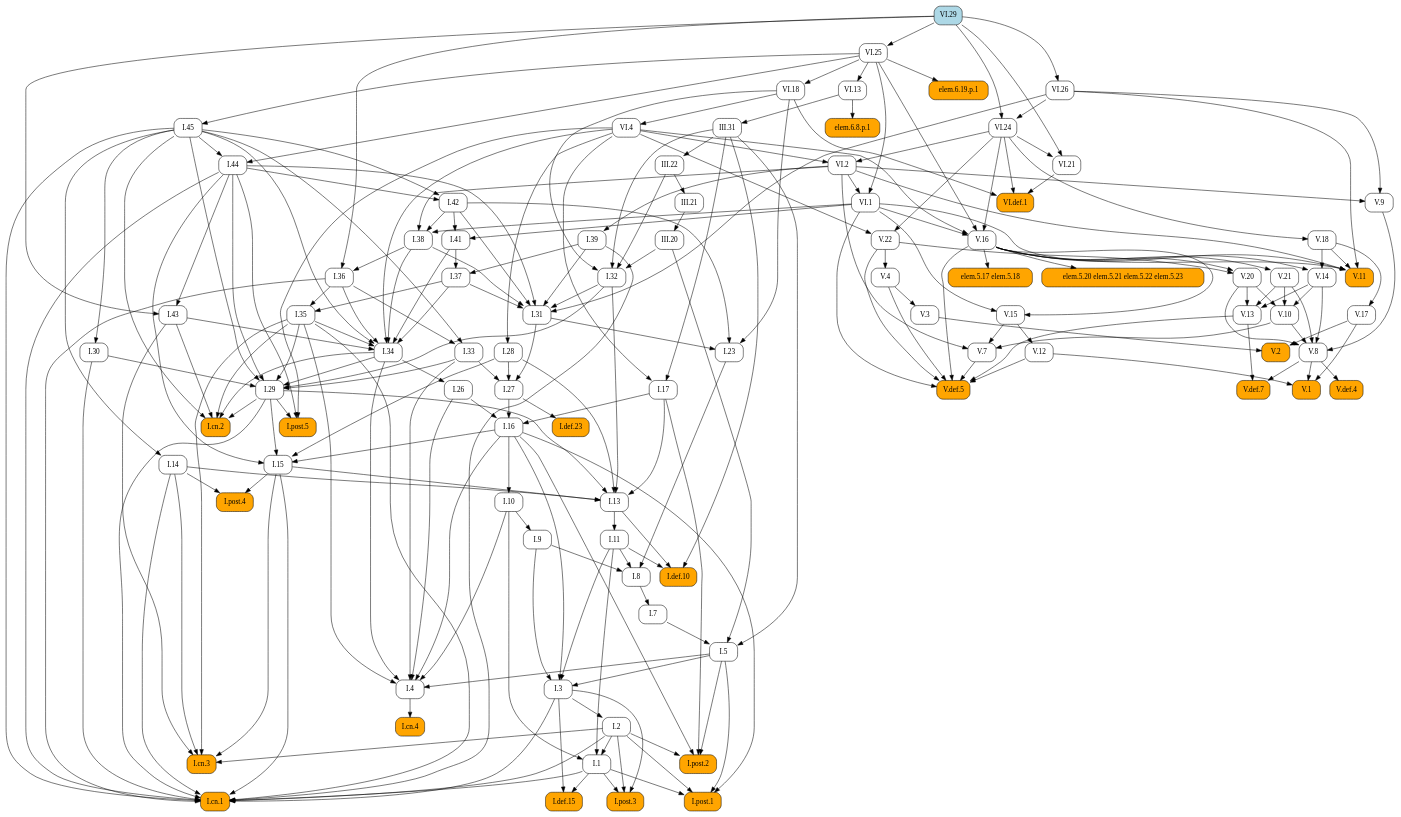
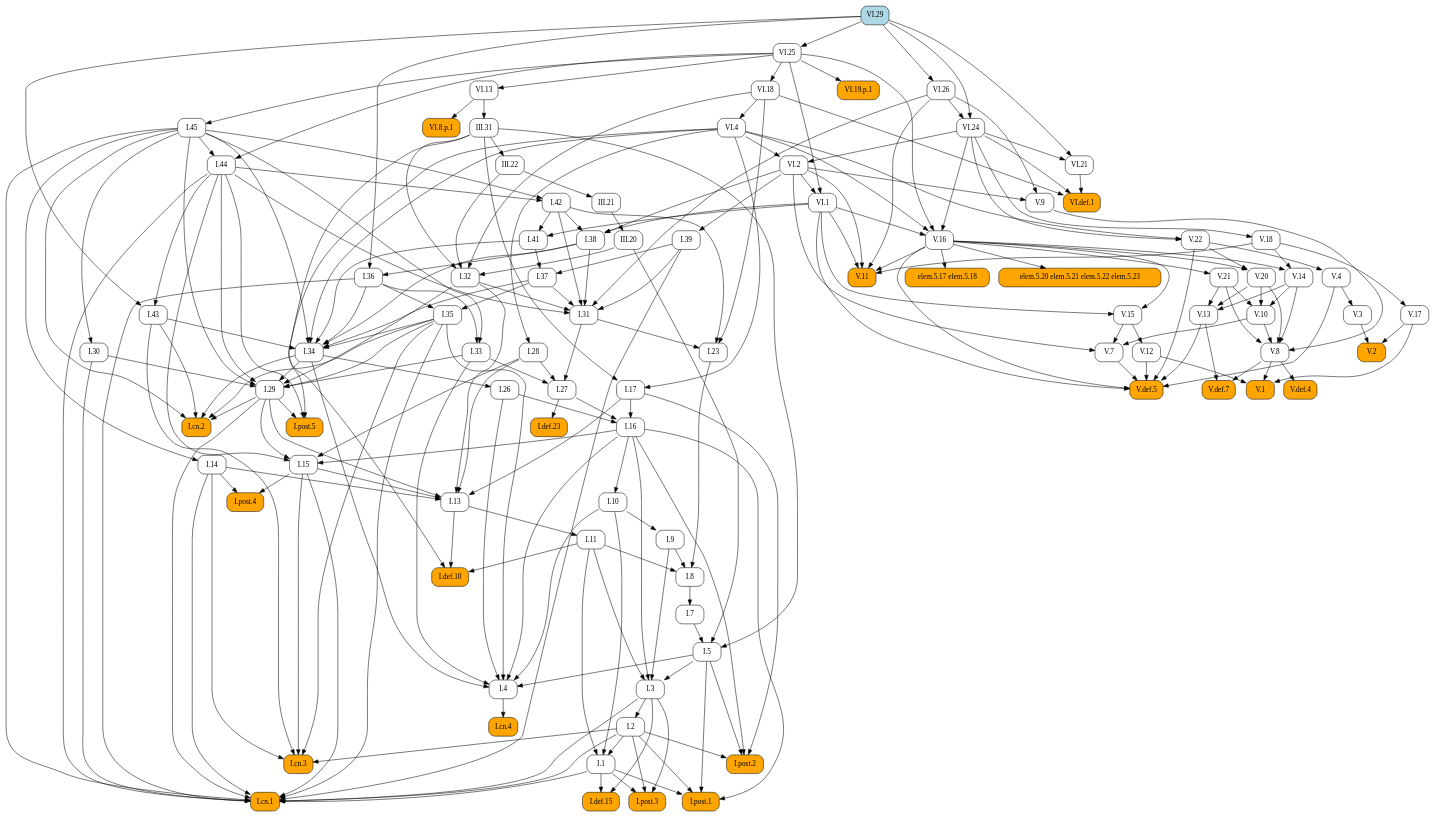
Before and after one commit to geometor/elements: the diagram in docsrc/heath/VI/29/index.rst, drawn with Graphviz. The commit also changed 484 other files, not shown here.

```diff
--- a/docsrc/heath/VI/29/index.rst
+++ b/docsrc/heath/VI/29/index.rst
@@ -89,155 +89,148 @@
    digraph {
      rankdir="TB";
      node [shape=box, style=rounded];
+     "I.23" [URL="/heath/I/23/", target="_top"];
+     "I.9" [URL="/heath/I/9/", target="_top"];
+     "VI.def.1" [style="rounded,filled", fillcolor=orange, URL="/heath/VI/def.1/", target="_top"];
+     "V.13" [URL="/heath/V/13/", target="_top"];
+     "I.def.15" [style="rounded,filled", fillcolor=orange, URL="/heath/I/def.15/", target="_top"];
+     "V.7" [URL="/heath/V/7/", target="_top"];
+     "elem.5.17 elem.5.18" [style="rounded,filled", fillcolor=orange];
+     "I.post.1" [style="rounded,filled", fillcolor=orange, URL="/heath/I/post.1/", target="_top"];
+     "V.14" [URL="/heath/V/14/", target="_top"];
+     "III.20" [URL="/heath/III/20/", target="_top"];
+     "I.43" [URL="/heath/I/43/", target="_top"];
+     "V.9" [URL="/heath/V/9/", target="_top"];
+     "I.30" [URL="/heath/I/30/", target="_top"];
+     "I.31" [URL="/heath/I/31/", target="_top"];
+     "III.22" [URL="/heath/III/22/", target="_top"];
+     "V.10" [URL="/heath/V/10/", target="_top"];
      "I.def.10" [style="rounded,filled", fillcolor=orange, URL="/heath/I/def.10/", target="_top"];
+     "V.4" [URL="/heath/V/4/", target="_top"];
+     "VI.8.p.1" [style="rounded,filled", fillcolor=orange];
+     "VI.1" [URL="/heath/VI/1/", target="_top"];
+     "I.39" [URL="/heath/I/39/", target="_top"];
+     "I.14" [URL="/heath/I/14/", target="_top"];
+     "V.11" [style="rounded,filled", fillcolor=orange, URL="/heath/V/11/", target="_top"];
+     "V.17" [URL="/heath/V/17/", target="_top"];
+     "I.34" [URL="/heath/I/34/", target="_top"];
+     "I.3" [URL="/heath/I/3/", target="_top"];
+     "VI.25" [URL="/heath/VI/25/", target="_top"];
+     "V.def.4" [style="rounded,filled", fillcolor=orange, URL="/heath/V/def.4/", target="_top"];
+     "VI.29" [style="rounded,filled", fillcolor=lightblue, URL="/heath/VI/29/", target="_top"];
+     "V.def.7" [style="rounded,filled", fillcolor=orange, URL="/heath/V/def.7/", target="_top"];
+     "V.21" [URL="/heath/V/21/", target="_top"];
+     "I.2" [URL="/heath/I/2/", target="_top"];
+     "V.3" [URL="/heath/V/3/", target="_top"];
+     "I.13" [URL="/heath/I/13/", target="_top"];
+     "I.post.4" [style="rounded,filled", fillcolor=orange, URL="/heath/I/post.4/", target="_top"];
+     "I.4" [URL="/heath/I/4/", target="_top"];
+     "I.1" [URL="/heath/I/1/", target="_top"];
+     "I.8" [URL="/heath/I/8/", target="_top"];
+     "I.17" [URL="/heath/I/17/", target="_top"];
+     "I.45" [URL="/heath/I/45/", target="_top"];
+     "I.29" [URL="/heath/I/29/", target="_top"];
+     "I.38" [URL="/heath/I/38/", target="_top"];
+     "V.8" [URL="/heath/V/8/", target="_top"];
+     "VI.24" [URL="/heath/VI/24/", target="_top"];
+     "I.15" [URL="/heath/I/15/", target="_top"];
+     "I.10" [URL="/heath/I/10/", target="_top"];
      "I.11" [URL="/heath/I/11/", target="_top"];
-     "I.post.4" [style="rounded,filled", fillcolor=orange, URL="/heath/I/post.4/", target="_top"];
-     "I.28" [URL="/heath/I/28/", target="_top"];
-     "I.1" [URL="/heath/I/1/", target="_top"];
+     "I.def.23" [style="rounded,filled", fillcolor=orange, URL="/heath/I/def.23/", target="_top"];
+     "VI.21" [URL="/heath/VI/21/", target="_top"];
+     "I.44" [URL="/heath/I/44/", target="_top"];
+     "VI.4" [URL="/heath/VI/4/", target="_top"];
+     "I.26" [URL="/heath/I/26/", target="_top"];
+     "V.16" [URL="/heath/V/16/", target="_top"];
+     "I.33" [URL="/heath/I/33/", target="_top"];
+     "I.32" [URL="/heath/I/32/", target="_top"];
+     "VI.26" [URL="/heath/VI/26/", target="_top"];
+     "I.post.3" [style="rounded,filled", fillcolor=orange, URL="/heath/I/post.3/", target="_top"];
+     "V.def.5" [style="rounded,filled", fillcolor=orange, URL="/heath/V/def.5/", target="_top"];
+     "I.42" [URL="/heath/I/42/", target="_top"];
+     "VI.13" [URL="/heath/VI/13/", target="_top"];
+     "I.27" [URL="/heath/I/27/", target="_top"];
+     "V.20" [URL="/heath/V/20/", target="_top"];
+     "V.12" [URL="/heath/V/12/", target="_top"];
+     "I.35" [URL="/heath/I/35/", target="_top"];
+     "I.cn.1" [style="rounded,filled", fillcolor=orange, URL="/heath/I/cn.1/", target="_top"];
+     "V.2" [style="rounded,filled", fillcolor=orange, URL="/heath/V/2/", target="_top"];
+     "I.7" [URL="/heath/I/7/", target="_top"];
+     "I.36" [URL="/heath/I/36/", target="_top"];
+     "I.5" [URL="/heath/I/5/", target="_top"];
+     "I.37" [URL="/heath/I/37/", target="_top"];
+     "VI.19.p.1" [style="rounded,filled", fillcolor=orange];
+     "V.18" [URL="/heath/V/18/", target="_top"];
+     "I.cn.3" [style="rounded,filled", fillcolor=orange, URL="/heath/I/cn.3/", target="_top"];
+     "I.16" [URL="/heath/I/16/", target="_top"];
+     "III.31" [URL="/heath/III/31/", target="_top"];
      "VI.18" [URL="/heath/VI/18/", target="_top"];
-     "VI.21" [URL="/heath/VI/21/", target="_top"];
-     "V.def.5" [style="rounded,filled", fillcolor=orange, URL="/heath/V/def.5/", target="_top"];
-     "III.20" [URL="/heath/III/20/", target="_top"];
-     "VI.29" [style="rounded,filled", fillcolor=lightblue, URL="/heath/VI/29/", target="_top"];
-     "III.31" [URL="/heath/III/31/", target="_top"];
-     "V.13" [URL="/heath/V/13/", target="_top"];
-     "V.11" [style="rounded,filled", fillcolor=orange, URL="/heath/V/11/", target="_top"];
-     "I.post.3" [style="rounded,filled", fillcolor=orange, URL="/heath/I/post.3/", target="_top"];
-     "VI.1" [URL="/heath/VI/1/", target="_top"];
-     "I.cn.3" [style="rounded,filled", fillcolor=orange, URL="/heath/I/cn.3/", target="_top"];
-     "I.14" [URL="/heath/I/14/", target="_top"];
-     "V.16" [URL="/heath/V/16/", target="_top"];
-     "VI.4" [URL="/heath/VI/4/", target="_top"];
-     "V.3" [URL="/heath/V/3/", target="_top"];
-     "I.36" [URL="/heath/I/36/", target="_top"];
-     "I.41" [URL="/heath/I/41/", target="_top"];
-     "I.27" [URL="/heath/I/27/", target="_top"];
-     "V.8" [URL="/heath/V/8/", target="_top"];
-     "I.37" [URL="/heath/I/37/", target="_top"];
-     "I.34" [URL="/heath/I/34/", target="_top"];
-     "I.2" [URL="/heath/I/2/", target="_top"];
-     "I.def.23" [style="rounded,filled", fillcolor=orange, URL="/heath/I/def.23/", target="_top"];
-     "I.33" [URL="/heath/I/33/", target="_top"];
-     "I.17" [URL="/heath/I/17/", target="_top"];
-     "I.post.2" [style="rounded,filled", fillcolor=orange, URL="/heath/I/post.2/", target="_top"];
-     "I.45" [URL="/heath/I/45/", target="_top"];
-     "VI.def.1" [style="rounded,filled", fillcolor=orange, URL="/heath/VI/def.1/", target="_top"];
-     "I.42" [URL="/heath/I/42/", target="_top"];
-     "elem.5.20 elem.5.21 elem.5.22 elem.5.23" [style="rounded,filled", fillcolor=orange];
-     "I.9" [URL="/heath/I/9/", target="_top"];
-     "VI.26" [URL="/heath/VI/26/", target="_top"];
-     "I.32" [URL="/heath/I/32/", target="_top"];
-     "V.def.4" [style="rounded,filled", fillcolor=orange, URL="/heath/V/def.4/", target="_top"];
-     "I.cn.4" [style="rounded,filled", fillcolor=orange, URL="/heath/I/cn.4/", target="_top"];
-     "I.15" [URL="/heath/I/15/", target="_top"];
-     "III.22" [URL="/heath/III/22/", target="_top"];
-     "I.38" [URL="/heath/I/38/", target="_top"];
-     "V.def.7" [style="rounded,filled", fillcolor=orange, URL="/heath/V/def.7/", target="_top"];
-     "I.5" [URL="/heath/I/5/", target="_top"];
-     "V.21" [URL="/heath/V/21/", target="_top"];
-     "I.39" [URL="/heath/I/39/", target="_top"];
-     "I.26" [URL="/heath/I/26/", target="_top"];
-     "V.14" [URL="/heath/V/14/", target="_top"];
-     "I.29" [URL="/heath/I/29/", target="_top"];
-     "V.12" [URL="/heath/V/12/", target="_top"];
+     "V.1" [style="rounded,filled", fillcolor=orange, URL="/heath/V/1/", target="_top"];
      "V.22" [URL="/heath/V/22/", target="_top"];
      "I.cn.2" [style="rounded,filled", fillcolor=orange, URL="/heath/I/cn.2/", target="_top"];
-     "V.20" [URL="/heath/V/20/", target="_top"];
-     "V.10" [URL="/heath/V/10/", target="_top"];
+     "I.post.5" [style="rounded,filled", fillcolor=orange, URL="/heath/I/post.5/", target="_top"];
      "VI.2" [URL="/heath/VI/2/", target="_top"];
-     "I.def.15" [style="rounded,filled", fillcolor=orange, URL="/heath/I/def.15/", target="_top"];
+     "I.cn.4" [style="rounded,filled", fillcolor=orange, URL="/heath/I/cn.4/", target="_top"];
+     "I.28" [URL="/heath/I/28/", target="_top"];
      "V.15" [URL="/heath/V/15/", target="_top"];
-     "I.cn.1" [style="rounded,filled", fillcolor=orange, URL="/heath/I/cn.1/", target="_top"];
-     "I.30" [URL="/heath/I/30/", target="_top"];
-     "V.7" [URL="/heath/V/7/", target="_top"];
-     "V.18" [URL="/heath/V/18/", target="_top"];
-     "V.9" [URL="/heath/V/9/", target="_top"];
-     "I.23" [URL="/heath/I/23/", target="_top"];
-     "VI.25" [URL="/heath/VI/25/", target="_top"];
-     "I.43" [URL="/heath/I/43/", target="_top"];
-     "I.post.1" [style="rounded,filled", fillcolor=orange, URL="/heath/I/post.1/", target="_top"];
-     "elem.6.19.p.1" [style="rounded,filled", fillcolor=orange];
-     "I.35" [URL="/heath/I/35/", target="_top"];
-     "I.7" [URL="/heath/I/7/", target="_top"];
-     "I.3" [URL="/heath/I/3/", target="_top"];
-     "I.4" [URL="/heath/I/4/", target="_top"];
-     "V.17" [URL="/heath/V/17/", target="_top"];
-     "I.13" [URL="/heath/I/13/", target="_top"];
-     "V.4" [URL="/heath/V/4/", target="_top"];
-     "I.31" [URL="/heath/I/31/", target="_top"];
-     "V.1" [style="rounded,filled", fillcolor=orange, URL="/heath/V/1/", target="_top"];
-     "VI.24" [URL="/heath/VI/24/", target="_top"];
-     "I.16" [URL="/heath/I/16/", target="_top"];
-     "elem.5.17 elem.5.18" [style="rounded,filled", fillcolor=orange];
-     "I.8" [URL="/heath/I/8/", target="_top"];
-     "VI.13" [URL="/heath/VI/13/", target="_top"];
-     "V.2" [style="rounded,filled", fillcolor=orange, URL="/heath/V/2/", target="_top"];
+     "I.41" [URL="/heath/I/41/", target="_top"];
+     "I.post.2" [style="rounded,filled", fillcolor=orange, URL="/heath/I/post.2/", target="_top"];
      "III.21" [URL="/heath/III/21/", target="_top"];
-     "I.post.5" [style="rounded,filled", fillcolor=orange, URL="/heath/I/post.5/", target="_top"];
-     "I.44" [URL="/heath/I/44/", target="_top"];
-     "elem.6.8.p.1" [style="rounded,filled", fillcolor=orange];
-     "I.10" [URL="/heath/I/10/", target="_top"];
+     "elem.5.20 elem.5.21 elem.5.22 elem.5.23" [style="rounded,filled", fillcolor=orange];
+     "I.31" -> "I.23";
+     "I.42" -> "I.23";
+     "VI.18" -> "I.23";
+     "I.10" -> "I.9";
+     "VI.18" -> "VI.def.1";
+     "VI.21" -> "VI.def.1";
+     "VI.24" -> "VI.def.1";
+     "V.14" -> "V.13";
+     "V.20" -> "V.13";
+     "V.21" -> "V.13";
+     "I.1" -> "I.def.15";
+     "I.3" -> "I.def.15";
+     "V.10" -> "V.7";
+     "V.15" -> "V.7";
+     "VI.2" -> "V.7";
+     "V.16" -> "elem.5.17 elem.5.18";
+     "I.1" -> "I.post.1";
+     "I.2" -> "I.post.1";
+     "I.5" -> "I.post.1";
+     "I.16" -> "I.post.1";
+     "V.16" -> "V.14";
+     "V.18" -> "V.14";
+     "III.21" -> "III.20";
+     "I.44" -> "I.43";
+     "VI.29" -> "I.43";
+     "VI.2" -> "V.9";
+     "VI.26" -> "V.9";
+     "I.45" -> "I.30";
+     "I.32" -> "I.31";
+     "I.37" -> "I.31";
+     "I.38" -> "I.31";
+     "I.39" -> "I.31";
+     "I.42" -> "I.31";
+     "I.44" -> "I.31";
+     "VI.26" -> "I.31";
+     "III.31" -> "III.22";
+     "V.14" -> "V.10";
+     "V.20" -> "V.10";
+     "V.21" -> "V.10";
      "I.11" -> "I.def.10";
      "I.13" -> "I.def.10";
      "III.31" -> "I.def.10";
-     "I.13" -> "I.11";
-     "I.14" -> "I.post.4";
-     "I.15" -> "I.post.4";
-     "VI.4" -> "I.28";
-     "I.2" -> "I.1";
-     "I.10" -> "I.1";
-     "I.11" -> "I.1";
-     "VI.25" -> "VI.18";
-     "VI.24" -> "VI.21";
-     "VI.29" -> "VI.21";
-     "V.4" -> "V.def.5";
-     "V.7" -> "V.def.5";
-     "V.12" -> "V.def.5";
-     "V.13" -> "V.def.5";
-     "V.16" -> "V.def.5";
-     "V.22" -> "V.def.5";
-     "VI.1" -> "V.def.5";
-     "III.21" -> "III.20";
-     "VI.13" -> "III.31";
-     "V.14" -> "V.13";
-     "V.20" -> "V.13";
-     "V.21" -> "V.13";
+     "V.22" -> "V.4";
+     "VI.13" -> "VI.8.p.1";
+     "VI.2" -> "VI.1";
+     "VI.25" -> "VI.1";
+     "VI.2" -> "I.39";
+     "I.45" -> "I.14";
      "V.16" -> "V.11";
      "V.18" -> "V.11";
      "VI.1" -> "V.11";
      "VI.2" -> "V.11";
      "VI.26" -> "V.11";
-     "I.1" -> "I.post.3";
-     "I.2" -> "I.post.3";
-     "I.3" -> "I.post.3";
-     "VI.2" -> "VI.1";
-     "VI.25" -> "VI.1";
-     "I.2" -> "I.cn.3";
-     "I.14" -> "I.cn.3";
-     "I.15" -> "I.cn.3";
-     "I.35" -> "I.cn.3";
-     "I.43" -> "I.cn.3";
-     "I.45" -> "I.14";
-     "VI.1" -> "V.16";
-     "VI.4" -> "V.16";
-     "VI.24" -> "V.16";
-     "VI.25" -> "V.16";
-     "VI.18" -> "VI.4";
-     "V.4" -> "V.3";
-     "I.38" -> "I.36";
-     "VI.29" -> "I.36";
-     "I.42" -> "I.41";
-     "VI.1" -> "I.41";
-     "I.28" -> "I.27";
-     "I.31" -> "I.27";
-     "I.33" -> "I.27";
-     "V.9" -> "V.8";
-     "V.10" -> "V.8";
-     "V.14" -> "V.8";
-     "V.20" -> "V.8";
-     "V.21" -> "V.8";
-     "I.39" -> "I.37";
-     "I.41" -> "I.37";
+     "V.18" -> "V.17";
      "I.35" -> "I.34";
      "I.36" -> "I.34";
      "I.37" -> "I.34";
@@ -246,49 +239,41 @@
      "I.43" -> "I.34";
      "I.45" -> "I.34";
      "VI.4" -> "I.34";
+     "I.5" -> "I.3";
+     "I.9" -> "I.3";
+     "I.11" -> "I.3";
+     "I.16" -> "I.3";
+     "VI.29" -> "VI.25";
+     "V.8" -> "V.def.4";
+     "V.8" -> "V.def.7";
+     "V.13" -> "V.def.7";
+     "V.16" -> "V.21";
      "I.3" -> "I.2";
-     "I.27" -> "I.def.23";
-     "I.36" -> "I.33";
-     "I.45" -> "I.33";
+     "V.4" -> "V.3";
+     "I.14" -> "I.13";
+     "I.15" -> "I.13";
+     "I.17" -> "I.13";
+     "I.28" -> "I.13";
+     "I.29" -> "I.13";
+     "I.32" -> "I.13";
+     "I.14" -> "I.post.4";
+     "I.15" -> "I.post.4";
+     "I.5" -> "I.4";
+     "I.10" -> "I.4";
+     "I.16" -> "I.4";
+     "I.26" -> "I.4";
+     "I.33" -> "I.4";
+     "I.34" -> "I.4";
+     "I.35" -> "I.4";
+     "I.2" -> "I.1";
+     "I.10" -> "I.1";
+     "I.11" -> "I.1";
+     "I.9" -> "I.8";
+     "I.11" -> "I.8";
+     "I.23" -> "I.8";
      "III.31" -> "I.17";
      "VI.4" -> "I.17";
-     "I.2" -> "I.post.2";
-     "I.5" -> "I.post.2";
-     "I.16" -> "I.post.2";
-     "I.17" -> "I.post.2";
      "VI.25" -> "I.45";
-     "VI.18" -> "VI.def.1";
-     "VI.21" -> "VI.def.1";
-     "VI.24" -> "VI.def.1";
-     "I.44" -> "I.42";
-     "I.45" -> "I.42";
-     "V.16" -> "elem.5.20 elem.5.21 elem.5.22 elem.5.23";
-     "I.10" -> "I.9";
-     "VI.29" -> "VI.26";
-     "III.20" -> "I.32";
-     "III.22" -> "I.32";
-     "III.31" -> "I.32";
-     "VI.18" -> "I.32";
-     "V.8" -> "V.def.4";
-     "I.4" -> "I.cn.4";
-     "I.16" -> "I.15";
-     "I.28" -> "I.15";
-     "I.29" -> "I.15";
-     "I.44" -> "I.15";
-     "III.31" -> "III.22";
-     "I.42" -> "I.38";
-     "VI.1" -> "I.38";
-     "VI.2" -> "I.38";
-     "V.8" -> "V.def.7";
-     "V.13" -> "V.def.7";
-     "I.7" -> "I.5";
-     "III.20" -> "I.5";
-     "III.31" -> "I.5";
-     "V.16" -> "V.21";
-     "VI.2" -> "I.39";
-     "I.34" -> "I.26";
-     "V.16" -> "V.14";
-     "V.18" -> "V.14";
      "I.30" -> "I.29";
      "I.32" -> "I.29";
      "I.33" -> "I.29";
@@ -296,25 +281,61 @@
      "I.35" -> "I.29";
      "I.44" -> "I.29";
      "I.45" -> "I.29";
-     "V.15" -> "V.12";
-     "VI.4" -> "V.22";
-     "VI.24" -> "V.22";
-     "I.29" -> "I.cn.2";
-     "I.34" -> "I.cn.2";
-     "I.35" -> "I.cn.2";
-     "I.43" -> "I.cn.2";
-     "I.45" -> "I.cn.2";
+     "I.42" -> "I.38";
+     "VI.1" -> "I.38";
+     "VI.2" -> "I.38";
+     "V.9" -> "V.8";
+     "V.10" -> "V.8";
+     "V.14" -> "V.8";
+     "V.20" -> "V.8";
+     "V.21" -> "V.8";
+     "VI.26" -> "VI.24";
+     "VI.29" -> "VI.24";
+     "I.16" -> "I.15";
+     "I.28" -> "I.15";
+     "I.29" -> "I.15";
+     "I.44" -> "I.15";
+     "I.16" -> "I.10";
+     "I.13" -> "I.11";
+     "I.27" -> "I.def.23";
+     "VI.24" -> "VI.21";
+     "VI.29" -> "VI.21";
+     "I.45" -> "I.44";
+     "VI.25" -> "I.44";
+     "VI.18" -> "VI.4";
+     "I.34" -> "I.26";
+     "VI.1" -> "V.16";
+     "VI.4" -> "V.16";
+     "VI.24" -> "V.16";
+     "VI.25" -> "V.16";
+     "I.36" -> "I.33";
+     "I.45" -> "I.33";
+     "III.20" -> "I.32";
+     "III.22" -> "I.32";
+     "III.31" -> "I.32";
+     "VI.18" -> "I.32";
+     "VI.29" -> "VI.26";
+     "I.1" -> "I.post.3";
+     "I.2" -> "I.post.3";
+     "I.3" -> "I.post.3";
+     "V.4" -> "V.def.5";
+     "V.7" -> "V.def.5";
+     "V.12" -> "V.def.5";
+     "V.13" -> "V.def.5";
+     "V.16" -> "V.def.5";
+     "V.22" -> "V.def.5";
+     "VI.1" -> "V.def.5";
+     "I.44" -> "I.42";
+     "I.45" -> "I.42";
+     "VI.25" -> "VI.13";
+     "I.28" -> "I.27";
+     "I.31" -> "I.27";
+     "I.33" -> "I.27";
      "V.16" -> "V.20";
      "V.22" -> "V.20";
-     "V.14" -> "V.10";
-     "V.20" -> "V.10";
-     "V.21" -> "V.10";
-     "VI.4" -> "VI.2";
-     "VI.24" -> "VI.2";
-     "I.1" -> "I.def.15";
-     "I.3" -> "I.def.15";
-     "V.16" -> "V.15";
-     "VI.1" -> "V.15";
+     "V.15" -> "V.12";
+     "I.36" -> "I.35";
+     "I.37" -> "I.35";
      "I.1" -> "I.cn.1";
      "I.2" -> "I.cn.1";
      "I.3" -> "I.cn.1";
@@ -327,74 +348,53 @@
      "I.39" -> "I.cn.1";
      "I.44" -> "I.cn.1";
      "I.45" -> "I.cn.1";
-     "I.45" -> "I.30";
-     "V.10" -> "V.7";
-     "V.15" -> "V.7";
-     "VI.2" -> "V.7";
+     "V.3" -> "V.2";
+     "V.17" -> "V.2";
+     "I.8" -> "I.7";
+     "I.38" -> "I.36";
+     "VI.29" -> "I.36";
+     "I.7" -> "I.5";
+     "III.20" -> "I.5";
+     "III.31" -> "I.5";
+     "I.39" -> "I.37";
+     "I.41" -> "I.37";
+     "VI.25" -> "VI.19.p.1";
      "VI.24" -> "V.18";
-     "VI.2" -> "V.9";
-     "VI.26" -> "V.9";
-     "I.31" -> "I.23";
-     "I.42" -> "I.23";
-     "VI.18" -> "I.23";
-     "VI.29" -> "VI.25";
-     "I.44" -> "I.43";
-     "VI.29" -> "I.43";
-     "I.1" -> "I.post.1";
-     "I.2" -> "I.post.1";
-     "I.5" -> "I.post.1";
-     "I.16" -> "I.post.1";
-     "VI.25" -> "elem.6.19.p.1";
-     "I.36" -> "I.35";
-     "I.37" -> "I.35";
-     "I.8" -> "I.7";
-     "I.5" -> "I.3";
-     "I.9" -> "I.3";
-     "I.11" -> "I.3";
-     "I.16" -> "I.3";
-     "I.5" -> "I.4";
-     "I.10" -> "I.4";
-     "I.16" -> "I.4";
-     "I.26" -> "I.4";
-     "I.33" -> "I.4";
-     "I.34" -> "I.4";
-     "I.35" -> "I.4";
-     "V.18" -> "V.17";
-     "I.14" -> "I.13";
-     "I.15" -> "I.13";
-     "I.17" -> "I.13";
-     "I.28" -> "I.13";
-     "I.29" -> "I.13";
-     "I.32" -> "I.13";
-     "V.22" -> "V.4";
-     "I.32" -> "I.31";
-     "I.37" -> "I.31";
-     "I.38" -> "I.31";
-     "I.39" -> "I.31";
-     "I.42" -> "I.31";
-     "I.44" -> "I.31";
-     "VI.26" -> "I.31";
+     "I.2" -> "I.cn.3";
+     "I.14" -> "I.cn.3";
+     "I.15" -> "I.cn.3";
+     "I.35" -> "I.cn.3";
+     "I.43" -> "I.cn.3";
+     "I.17" -> "I.16";
+     "I.26" -> "I.16";
+     "I.27" -> "I.16";
+     "VI.13" -> "III.31";
+     "VI.25" -> "VI.18";
      "V.8" -> "V.1";
      "V.12" -> "V.1";
      "V.17" -> "V.1";
-     "VI.26" -> "VI.24";
-     "VI.29" -> "VI.24";
-     "I.17" -> "I.16";
-     "I.26" -> "I.16";
-     "I.27" -> "I.16";
-     "V.16" -> "elem.5.17 elem.5.18";
-     "I.9" -> "I.8";
-     "I.11" -> "I.8";
-     "I.23" -> "I.8";
-     "VI.25" -> "VI.13";
-     "V.3" -> "V.2";
-     "V.17" -> "V.2";
-     "III.22" -> "III.21";
+     "VI.4" -> "V.22";
+     "VI.24" -> "V.22";
+     "I.29" -> "I.cn.2";
+     "I.34" -> "I.cn.2";
+     "I.35" -> "I.cn.2";
+     "I.43" -> "I.cn.2";
+     "I.45" -> "I.cn.2";
      "I.29" -> "I.post.5";
      "I.44" -> "I.post.5";
      "VI.4" -> "I.post.5";
-     "I.45" -> "I.44";
-     "VI.25" -> "I.44";
-     "VI.13" -> "elem.6.8.p.1";
-     "I.16" -> "I.10";
+     "VI.4" -> "VI.2";
+     "VI.24" -> "VI.2";
+     "I.4" -> "I.cn.4";
+     "VI.4" -> "I.28";
+     "V.16" -> "V.15";
+     "VI.1" -> "V.15";
+     "I.42" -> "I.41";
+     "VI.1" -> "I.41";
+     "I.2" -> "I.post.2";
+     "I.5" -> "I.post.2";
+     "I.16" -> "I.post.2";
+     "I.17" -> "I.post.2";
+     "III.22" -> "III.21";
+     "V.16" -> "elem.5.20 elem.5.21 elem.5.22 elem.5.23";
    }
```
